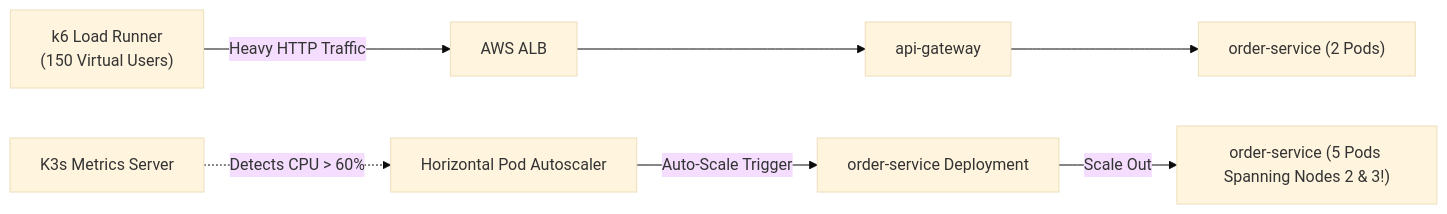
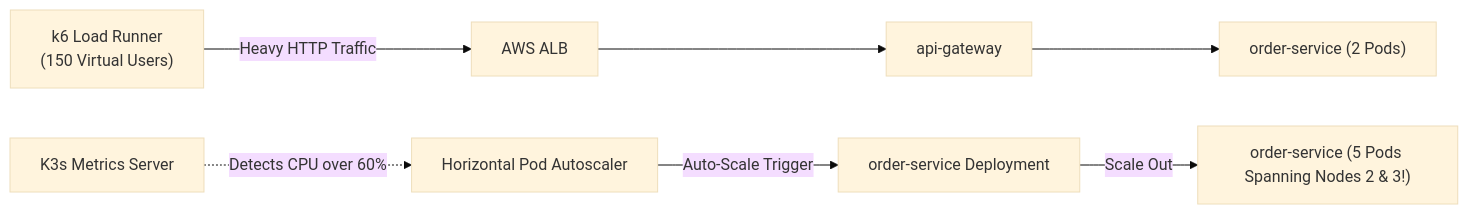
Before and after one commit to AY2627S1-CS3219-P25/friend-on-campus: diagram 15 of 15 in docs/cloud-deployment-and-devops-guide.md, drawn with Mermaid (base theme). The commit also changed other lines of this file, not shown here.

Commit message:
fix(docs): resolve Mermaid parse error in Section 2.5 diagram and harden chart syntax

````diff
--- a/docs/cloud-deployment-and-devops-guide.md
+++ b/docs/cloud-deployment-and-devops-guide.md
@@ -1168,10 +1168,10 @@
 ```mermaid
 flowchart LR
     k6["k6 Load Runner<br/>(150 Virtual Users)"] -->|Heavy HTTP Traffic| ALB["AWS ALB"]
     ALB --> Gateway["api-gateway"]
     Gateway --> OrderSvc["order-service (2 Pods)"]
     
-    MetricsServer["K3s Metrics Server"] -.->|Detects CPU > 60%| HPA["Horizontal Pod Autoscaler"]
+    MetricsServer["K3s Metrics Server"] -.->|Detects CPU over 60%| HPA["Horizontal Pod Autoscaler"]
     HPA -->|Auto-Scale Trigger| Deployment["order-service Deployment"]
     Deployment -->|Scale Out| Pods["order-service (5 Pods Spanning Nodes 2 & 3!)"]
 ```
````
